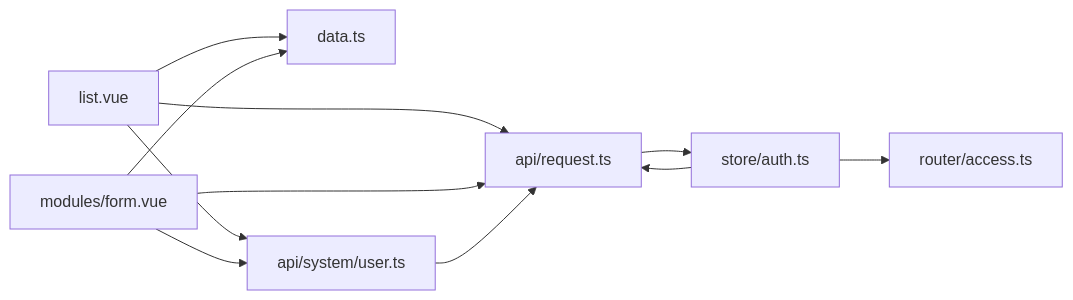
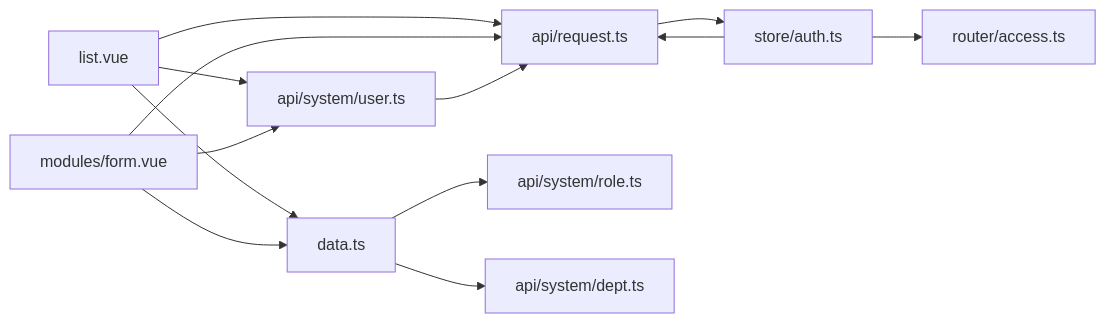
Before and after one commit to ShiRuYu/shiyu-ui: the seventh of 7 diagrams in .qoder/repowiki/zh/content/业务模块/用户管理.md, drawn with Mermaid. The commit also changed other lines of this file and 37 other files, not shown here.

````diff
--- a/.qoder/repowiki/zh/content/业务模块/用户管理.md
+++ b/.qoder/repowiki/zh/content/业务模块/用户管理.md
@@ -347,13 +386,15 @@
 ```mermaid
 graph LR
 LV["list.vue"] --> LD["data.ts"]
 LV --> LU["api/system/user.ts"]
 LV --> LRQ["api/request.ts"]
 LF["modules/form.vue"] --> LD
 LF --> LU
 LF --> LRQ
 LU --> LRQ
 LRQ --> LA["store/auth.ts"]
 LA --> LRQ
 LA --> LACC["router/access.ts"]
+LD --> RAPI["api/system/role.ts"]
+LD --> DEPTAPI["api/system/dept.ts"]
 ```
````
